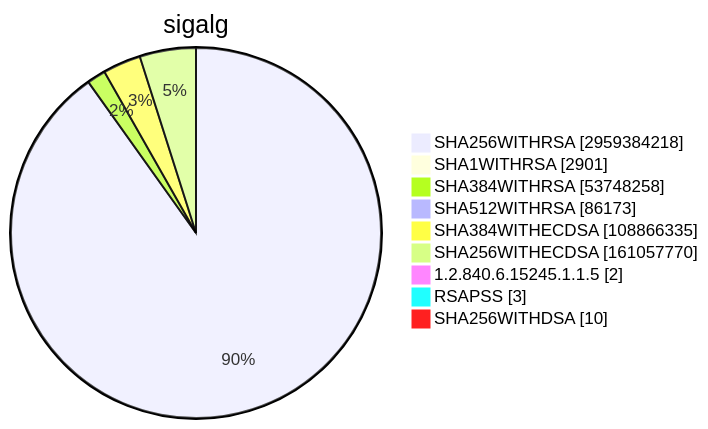
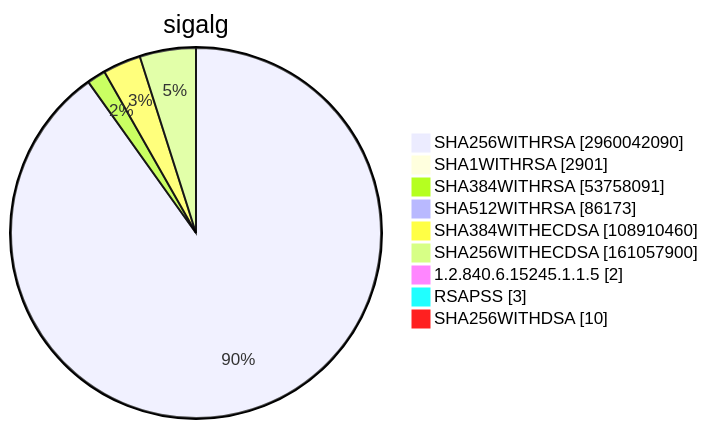
One commit to christiankrug/ctmonitor_visualization changed diagram 15 of 15 in TOTAL/README.md. Above: the diagram before and after it, drawn with Mermaid. The commit also changed other lines of this file, not shown here.

````diff
--- a/TOTAL/README.md
+++ b/TOTAL/README.md
@@ -6207,13 +6207,13 @@
 ```mermaid
 pie showData
 title sigalg
-"SHA256WITHRSA" :2959384218
+"SHA256WITHRSA" :2960042090
 "SHA1WITHRSA" :2901
-"SHA384WITHRSA" :53748258
+"SHA384WITHRSA" :53758091
 "SHA512WITHRSA" :86173
-"SHA384WITHECDSA" :108866335
-"SHA256WITHECDSA" :161057770
+"SHA384WITHECDSA" :108910460
+"SHA256WITHECDSA" :161057900
 "1.2.840.6.15245.1.1.5" :2
 "RSAPSS" :3
 "SHA256WITHDSA" :10
 ```
````
